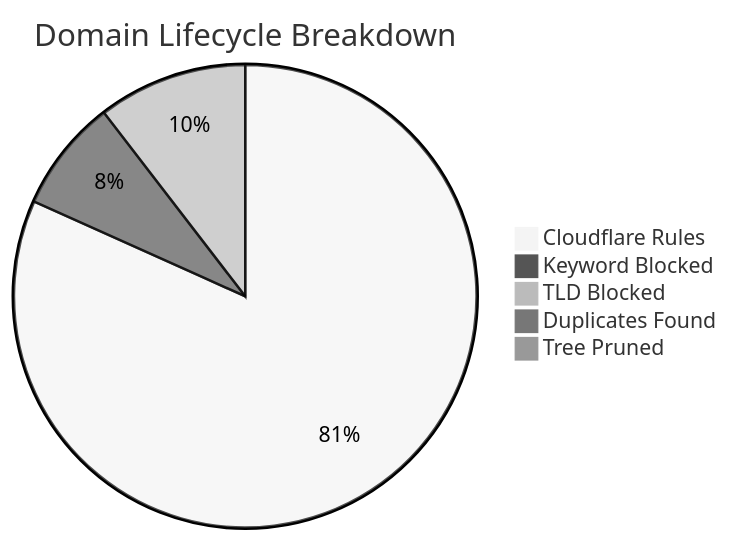
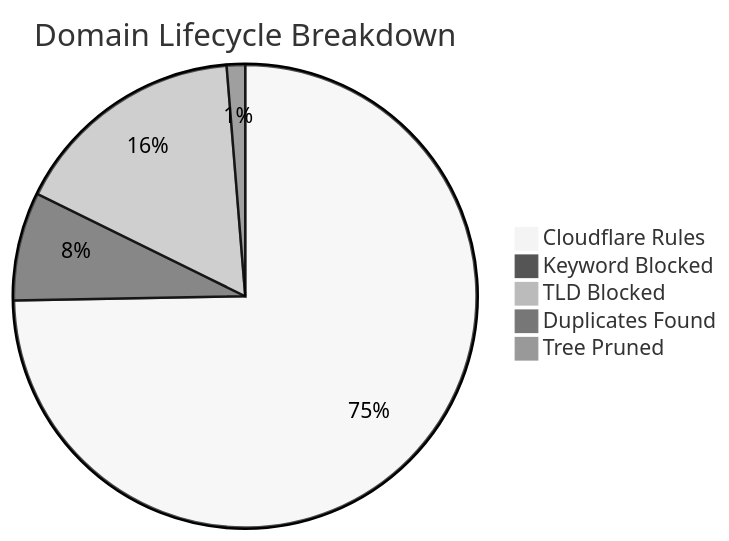
Before and after one commit to brojangles24/Cloudflare-ZeroTrust-AdBlock: the diagram in README_STATS.md, drawn with Mermaid (neutral theme). The commit also changed other lines of this file and 1 other file, not shown here.

````diff
--- a/README_STATS.md
+++ b/README_STATS.md
@@ -5,8 +5,8 @@
 ```mermaid
 pie title Domain Lifecycle Breakdown
-    "Cloudflare Rules" : 274326
-    "Keyword Blocked" : 26345
-    "TLD Blocked" : 35036
-    "Duplicates Found" : 979
-    "Tree Pruned" : 849
+    "Cloudflare Rules" : 255079
+    "Keyword Blocked" : 25843
+    "TLD Blocked" : 56105
+    "Duplicates Found" : 4392
+    "Tree Pruned" : 707
 ```
````
